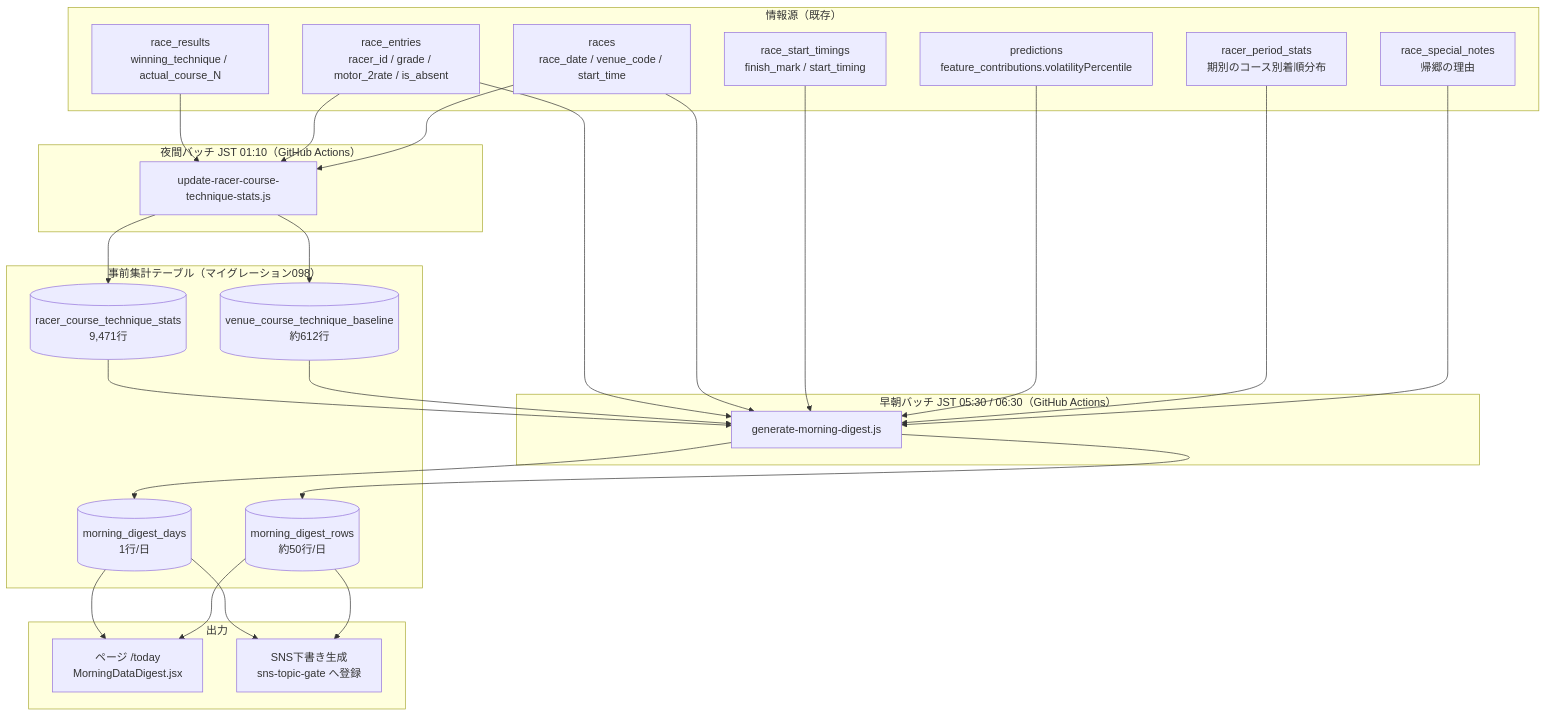
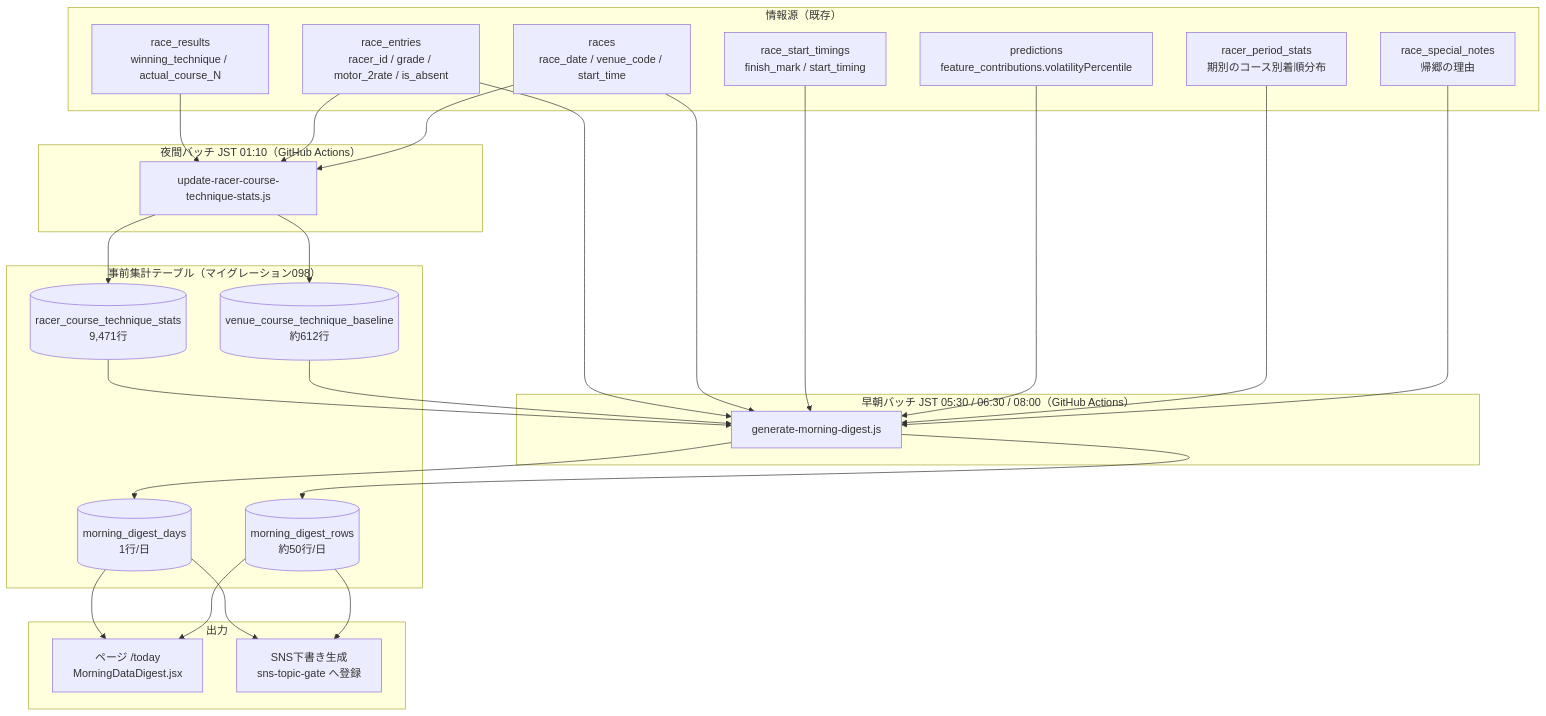
Before and after one commit to rhapsody0919/boatrace-ai-predictor: the first of 2 diagrams in docs/design/morning-data-digest/plan.md, drawn with Mermaid. The commit also changed other lines of this file and 11 other files, not shown here.

````diff
--- a/docs/design/morning-data-digest/plan.md
+++ b/docs/design/morning-data-digest/plan.md
@@ -15,55 +15,55 @@
 ```mermaid
 flowchart TB
     subgraph src["情報源（既存）"]
         RR[race_results<br/>winning_technique / actual_course_N]
         RE[race_entries<br/>racer_id / grade / motor_2rate / is_absent]
         RA[races<br/>race_date / venue_code / start_time]
         ST[race_start_timings<br/>finish_mark / start_timing]
         PR[predictions<br/>feature_contributions.volatilityPercentile]
         RPS[racer_period_stats<br/>期別のコース別着順分布]
         SN[race_special_notes<br/>帰郷の理由]
     end
 
     subgraph B1["夜間バッチ JST 01:10（GitHub Actions）"]
         UB[update-racer-course-technique-stats.js]
     end
 
-    subgraph B2["早朝バッチ JST 05:30 / 06:30（GitHub Actions）"]
+    subgraph B2["早朝バッチ JST 05:30 / 06:30 / 08:00（GitHub Actions）"]
         GD[generate-morning-digest.js]
     end
 
     subgraph tbl["事前集計テーブル（マイグレーション098）"]
         VB[(venue_course_technique_baseline<br/>約612行)]
         RCT[(racer_course_technique_stats<br/>9,471行)]
         MDD[(morning_digest_days<br/>1行/日)]
         MDR[(morning_digest_rows<br/>約50行/日)]
     end
 
     subgraph out["出力"]
         WEB[ページ /today<br/>MorningDataDigest.jsx]
         SNS[SNS下書き生成<br/>sns-topic-gate へ登録]
     end
 
     RR --> UB
     RE --> UB
     RA --> UB
     UB --> VB
     UB --> RCT
 
     RCT --> GD
     VB --> GD
     RE --> GD
     RA --> GD
     ST --> GD
     PR --> GD
     RPS --> GD
     SN --> GD
 
     GD --> MDD
     GD --> MDR
 
     MDD --> WEB
     MDR --> WEB
     MDD --> SNS
     MDR --> SNS
 ```
````
